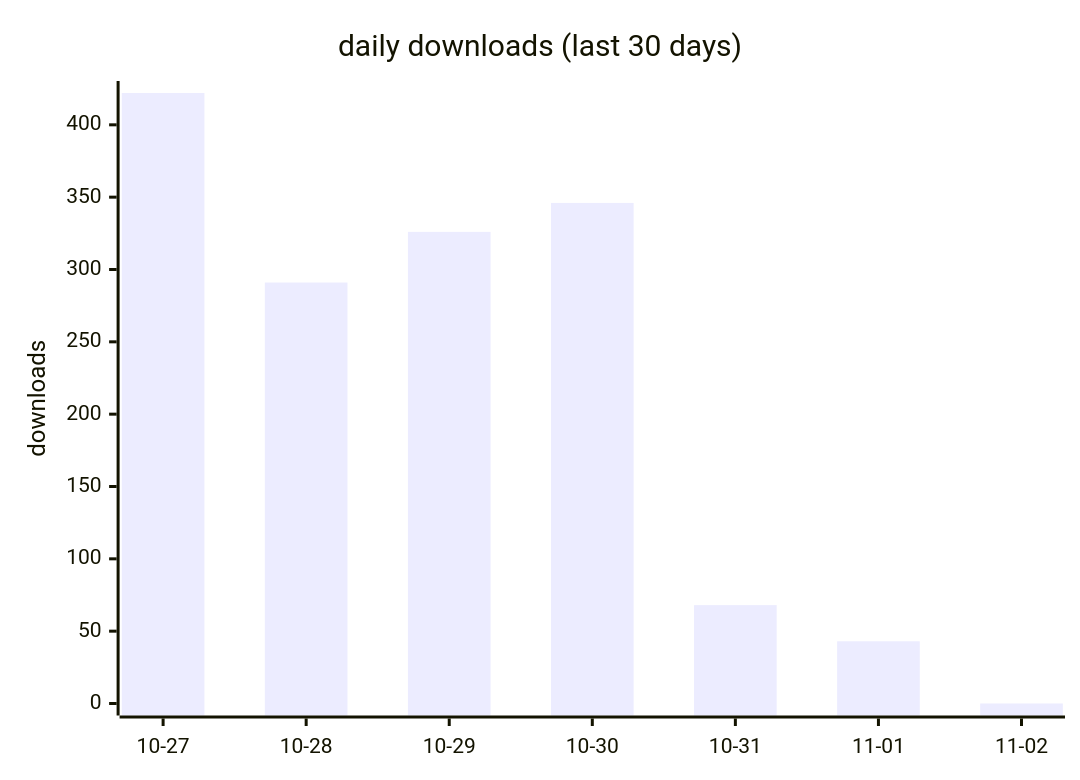
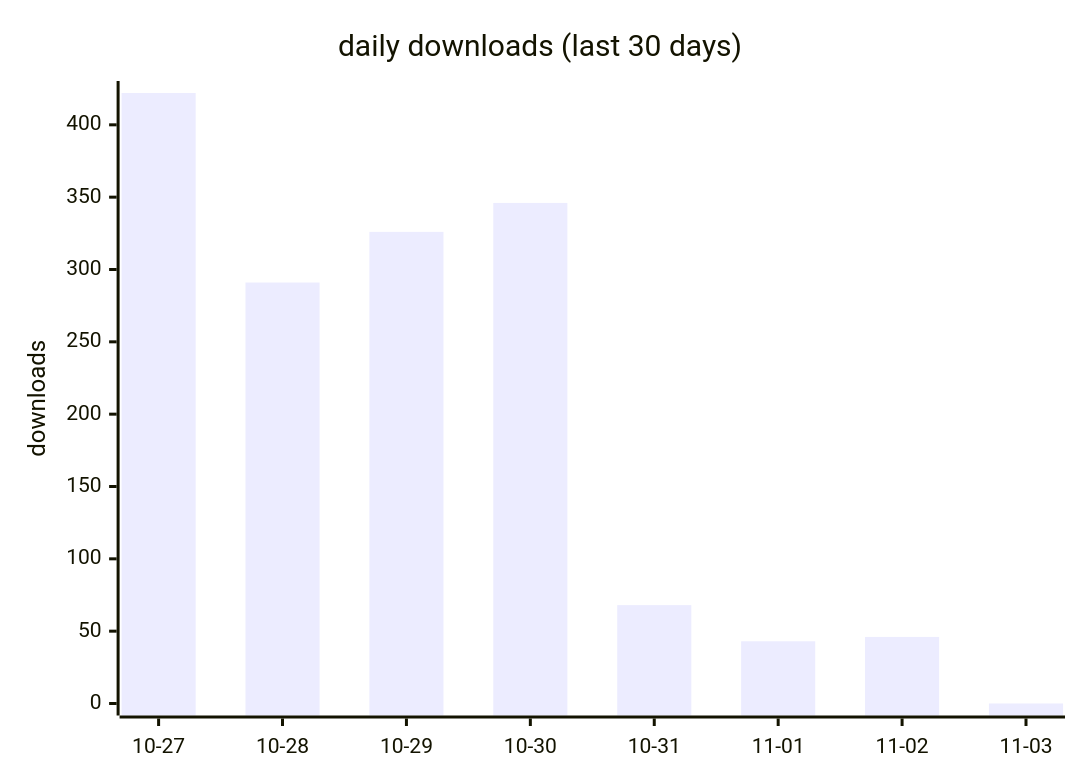
One commit to terry2010/dsh-loop-recover changed the first of 2 diagrams in docs/downloads-2026.md. Above: the diagram before and after it, drawn with Mermaid. The commit also changed other lines of this file and 1 other file, not shown here.

````diff
--- a/docs/downloads-2026.md
+++ b/docs/downloads-2026.md
@@ -19,7 +19,7 @@
 ```mermaid
 xychart-beta
     title "daily downloads (last 30 days)"
-    x-axis ["10-27", "10-28", "10-29", "10-30", "10-31", "11-01", "11-02"]
+    x-axis ["10-27", "10-28", "10-29", "10-30", "10-31", "11-01", "11-02", "11-03"]
     y-axis "downloads" 0 --> 422
-    bar [422, 291, 326, 346, 68, 43, 0]
+    bar [422, 291, 326, 346, 68, 43, 46, 0]
 ```
````
